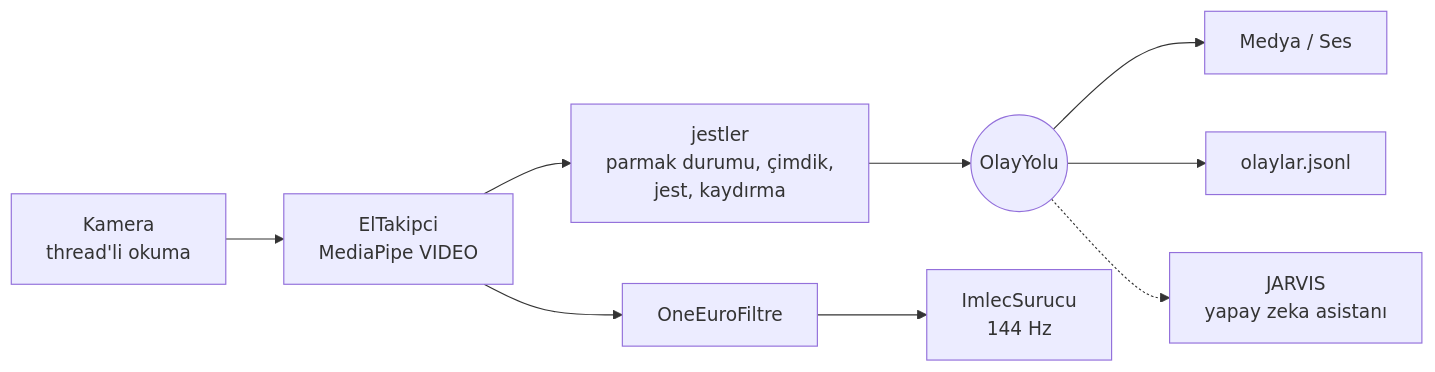
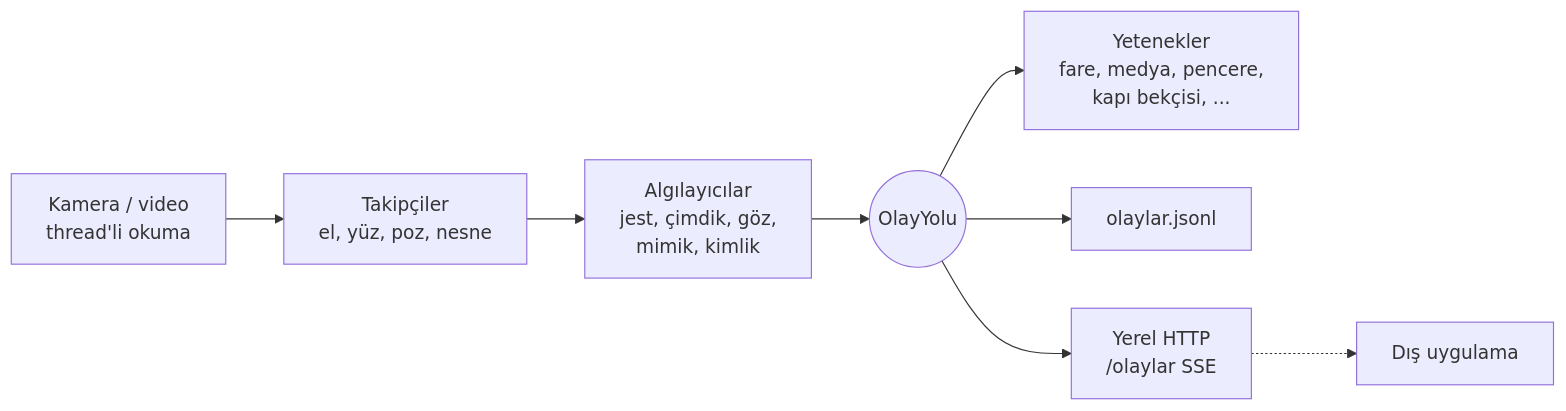
The diagram in README.md (YusufTaha-Kurt/Python_CV), drawn with Mermaid before and after one commit. The commit also changed other lines of this file and 32 other files, not shown here.

````diff
--- a/README.md
+++ b/README.md
@@ -46,11 +56,10 @@
 ```mermaid
 flowchart LR
-    K[Kamera<br/>thread'li okuma] --> T[ElTakipci<br/>MediaPipe VIDEO]
-    T --> J[jestler<br/>parmak durumu, çimdik,<br/>jest, kaydırma]
-    T --> F[OneEuroFiltre]
+    K[Kamera / video<br/>thread'li okuma] --> T[Takipçiler<br/>el, yüz, poz, nesne]
+    T --> J[Algılayıcılar<br/>jest, çimdik, göz,<br/>mimik, kimlik]
     J --> O((OlayYolu))
-    F --> I[ImlecSurucu<br/>144 Hz]
-    O --> M[Medya / Ses]
+    O --> Y[Yetenekler<br/>fare, medya, pencere,<br/>kapı bekçisi, ...]
     O --> L[olaylar.jsonl]
-    O -.-> A[JARVIS<br/>yapay zeka asistanı]
+    O --> H[Yerel HTTP<br/>/olaylar SSE]
+    H -.-> D[Dış uygulama]
 ```
````
